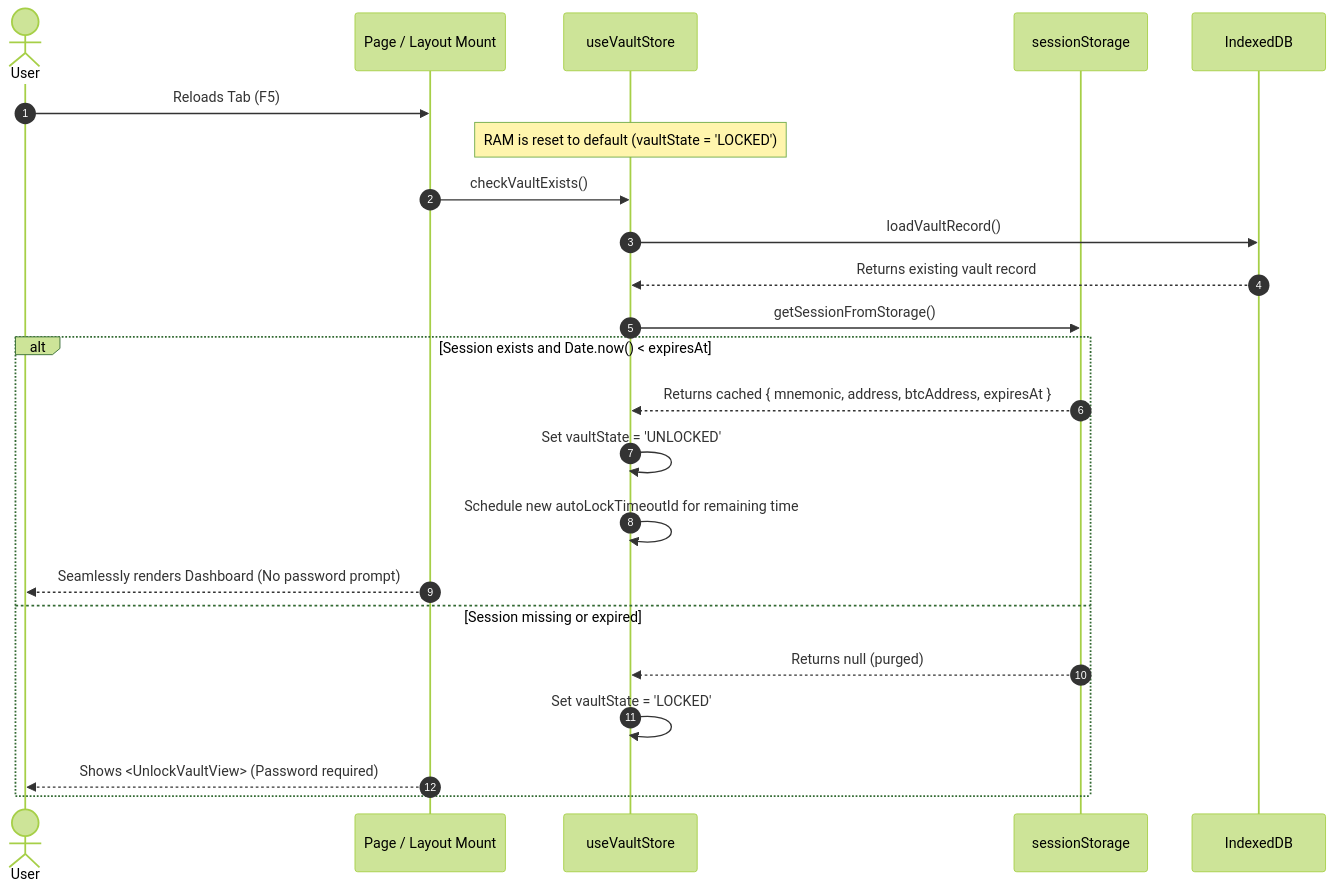
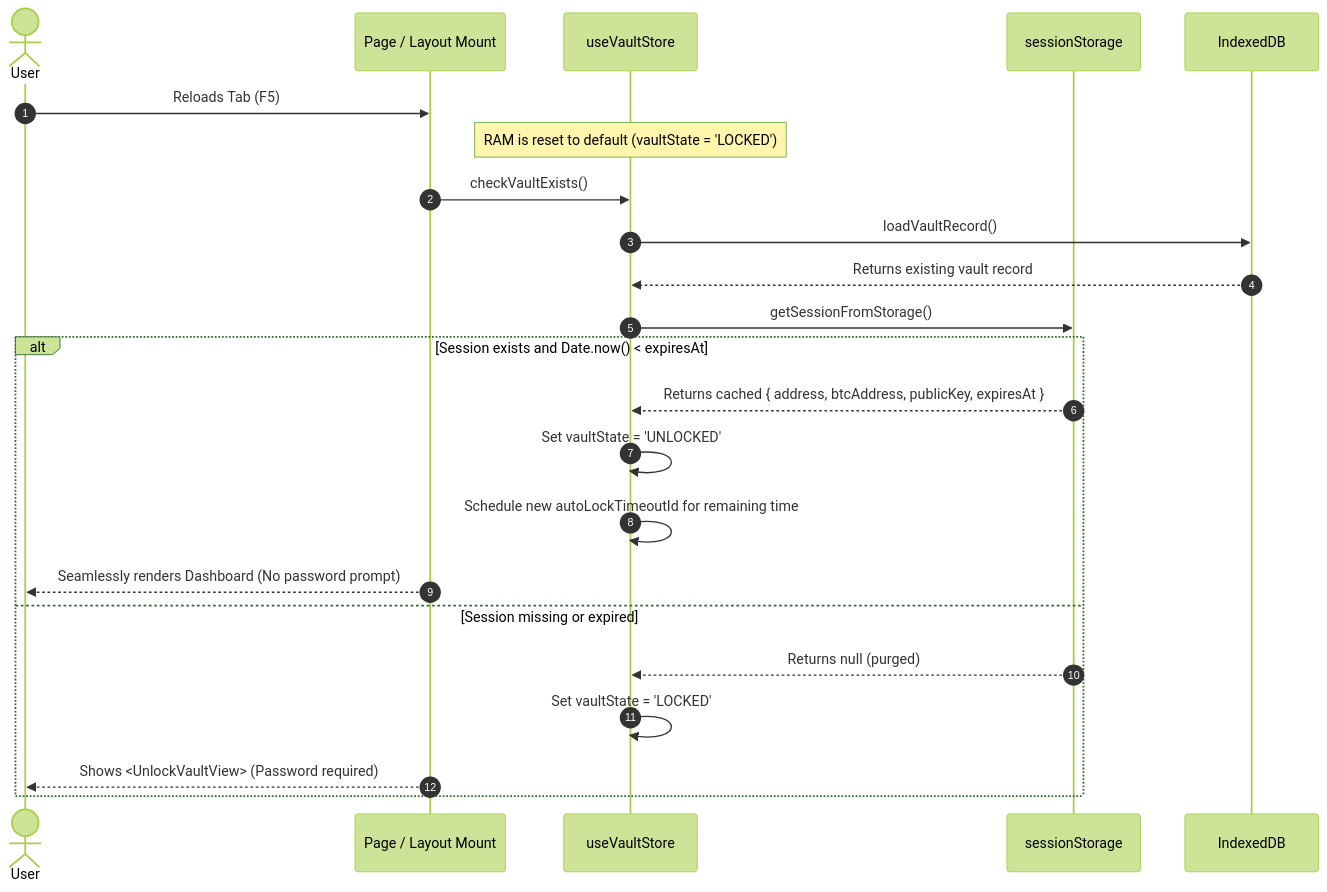
Before and after one commit to Sandipxg/SafeX--Crypto-Wallet: the fourth of 6 diagrams in notes/fundamentals/Authorization_and_sessionStorage.md, drawn with Mermaid (forest theme). The commit also changed other lines of this file and 1 other file, not shown here.

Commit message:
fix(vault): strip plaintext mnemonic from sessionStorage

````diff
--- a/notes/fundamentals/Authorization_and_sessionStorage.md
+++ b/notes/fundamentals/Authorization_and_sessionStorage.md
@@ -134,27 +135,27 @@
 ```mermaid
 sequenceDiagram
     autonumber
     actor User
     participant Page as Page / Layout Mount
     participant Store as useVaultStore
     participant Tab as sessionStorage
     participant IDB as IndexedDB
 
     User->>Page: Reloads Tab (F5)
     Note over Store: RAM is reset to default (vaultState = 'LOCKED')
     Page->>Store: checkVaultExists()
     Store->>IDB: loadVaultRecord()
     IDB-->>Store: Returns existing vault record
 
     Store->>Tab: getSessionFromStorage()
     alt Session exists and Date.now() < expiresAt
-        Tab-->>Store: Returns cached { mnemonic, address, btcAddress, expiresAt }
+        Tab-->>Store: Returns cached { address, btcAddress, publicKey, expiresAt }
         Store->>Store: Set vaultState = 'UNLOCKED'
         Store->>Store: Schedule new autoLockTimeoutId for remaining time
         Page-->>User: Seamlessly renders Dashboard (No password prompt)
     else Session missing or expired
         Tab-->>Store: Returns null (purged)
         Store->>Store: Set vaultState = 'LOCKED'
         Page-->>User: Shows <UnlockVaultView> (Password required)
     end
 ```
````
